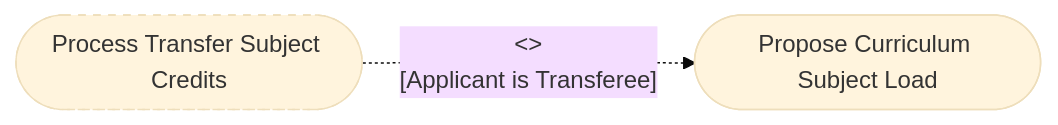
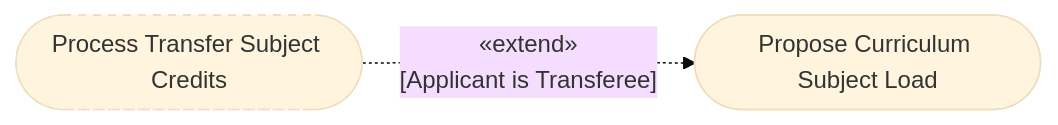
One commit to kirbygeagonia-create/EnrollmentManagementSystem changed the third of 17 diagrams in Documentation/Use-Case-Diagram-Guide.md. Above: the diagram before and after it, drawn with Mermaid (base theme). The commit also changed other lines of this file and 51 other files, not shown here.

````diff
--- a/Documentation/Use-Case-Diagram-Guide.md
+++ b/Documentation/Use-Case-Diagram-Guide.md
@@ -141,5 +141,5 @@
 ```mermaid
 flowchart LR
-    UC_CreditTransfers(["Process Transfer Subject Credits"]):::extendStyle -.->|"<<extend>>\n[Applicant is Transferee]"| UC_Propose(["Propose Curriculum Subject Load"])
+    UC_CreditTransfers(["Process Transfer Subject Credits"]):::extendStyle -.->|"«extend»\n[Applicant is Transferee]"| UC_Propose(["Propose Curriculum Subject Load"])
     classDef extendStyle stroke-dasharray: 5 5;
 ```
````
